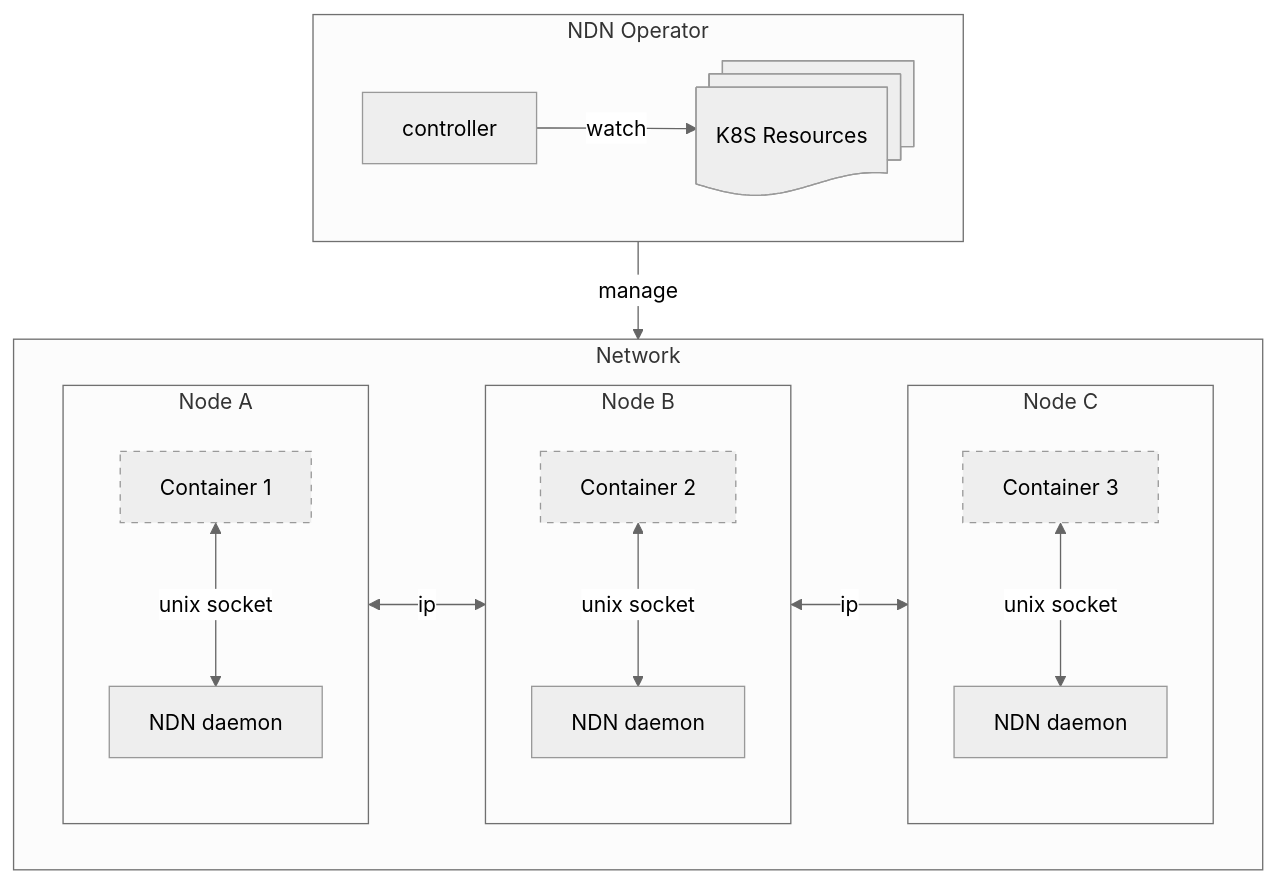
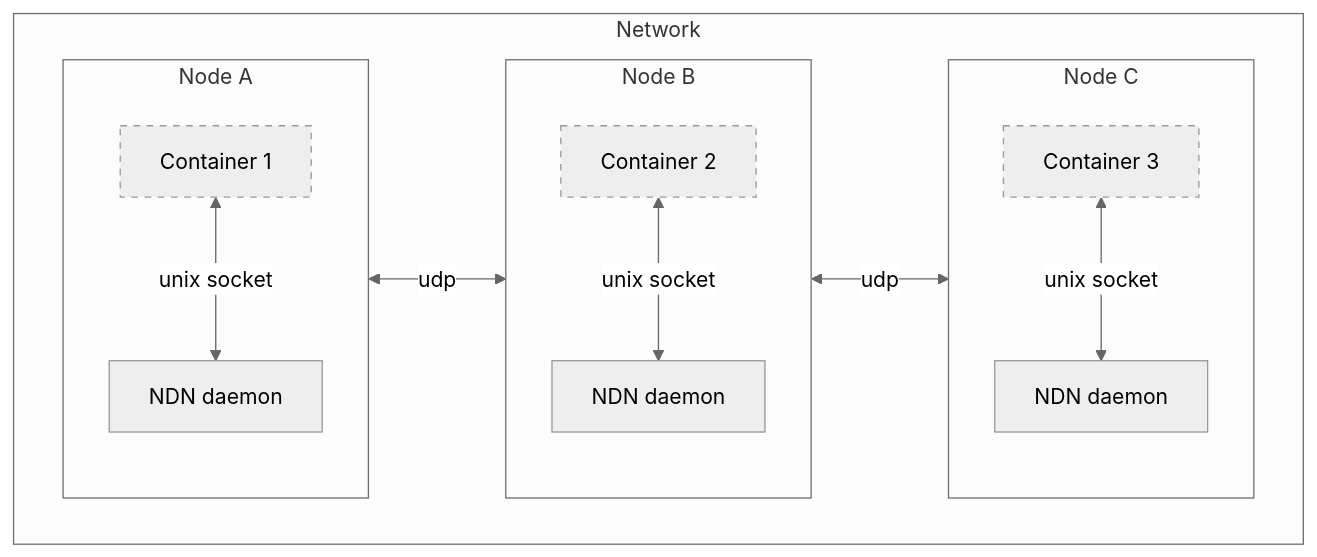
The diagram in README.md (ndn-operator/ndn-operator), drawn with Mermaid (neutral theme) before and after one commit. The commit also changed other lines of this file and 2 other files, not shown here.

````diff
--- a/README.md
+++ b/README.md
@@ -73,25 +34,22 @@
 ```mermaid
-flowchart TB
+flowchart LR
   subgraph N[Network]
   direction LR
-    subgraph n_A[Node A]
+    subgraph r_A[Node A]
     direction TB
-      app_a1[Container 1]:::dotted <--unix socket--> ndnd_a[NDN daemon]
+      app_a1[Container 1]:::dotted <--unix socket--> ndnd_a1[NDN daemon]
     end
-    subgraph n_B[Node B]
+    subgraph r_B[Node B]
     direction TB
-      app_b2[Container 2]:::dotted <--unix socket--> ndnd_b[NDN daemon]
+      app_b1[Container 2]:::dotted <--unix socket--> ndnd_b1[NDN daemon]
     end
-    subgraph n_C[Node C]
+    subgraph r_C[Node C]
     direction TB
-      app_b3[Container 3]:::dotted <--unix socket--> ndnd_c[NDN daemon]
+      app_c1[Container 3]:::dotted <--unix socket--> ndnd_c1[NDN daemon]
     end
-    n_A <--ip--> n_B <--ip--> n_C
+    r_A <--udp--> r_B <--udp--> r_C
   end
-  subgraph operator[NDN Operator]
-  direction LR
-  controller --watch--> C@{ shape: docs, label: "K8S Resources"}
-  end
-  operator --manage--> N
+
+
   classDef dotted stroke-dasharray: 5 5
 ```
````
